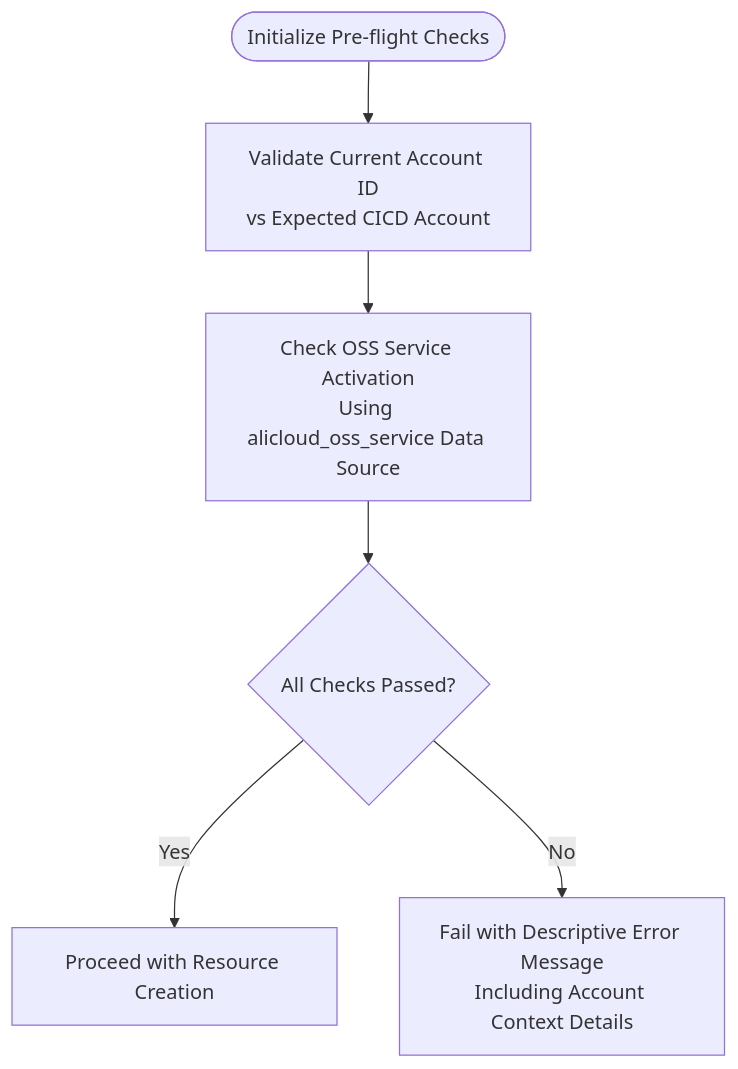
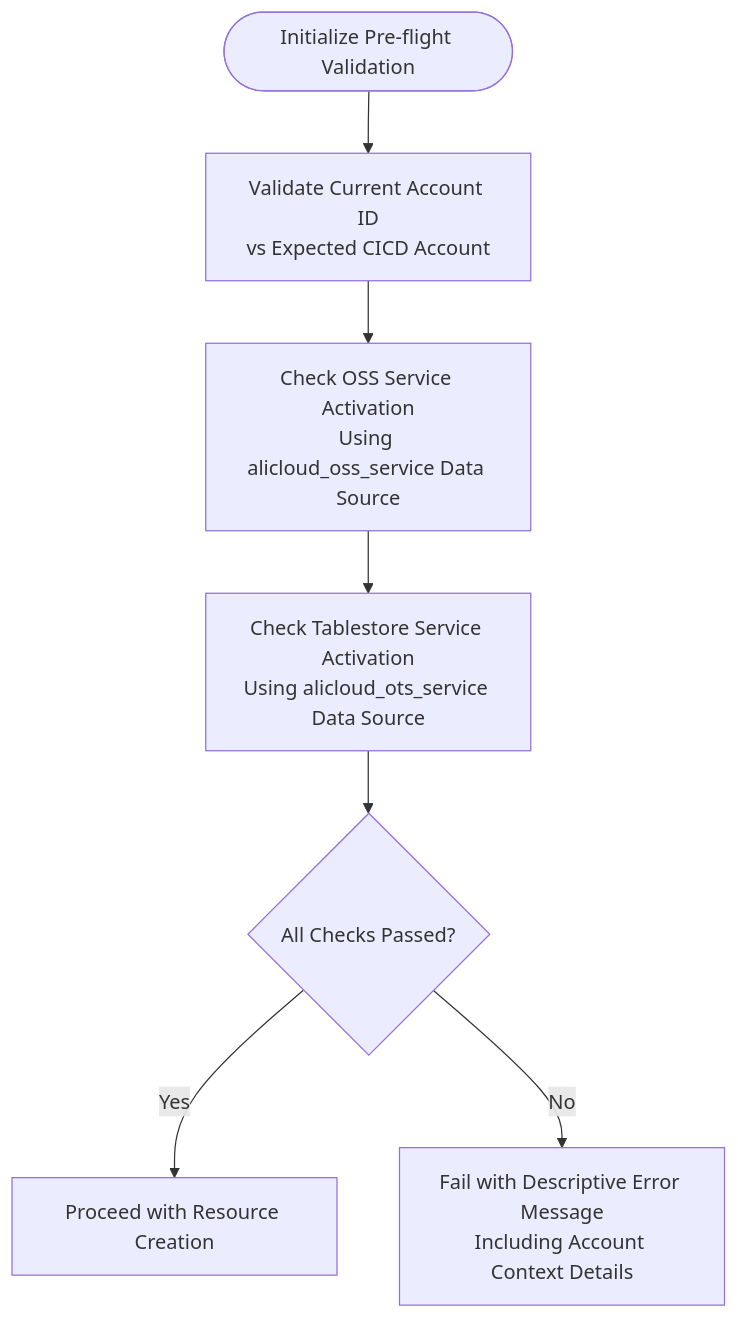
The third of 9 diagrams in .qoder/repowiki/en/content/Bootstrap Infrastructure/CI_CD Foundation.md (AlibabaCloudLandingZone/alibabacloud-landingzone-accelerator-github-demo), drawn with Mermaid before and after one commit. The commit also changed other lines of this file and 35 other files, not shown here.

````diff
--- a/.qoder/repowiki/en/content/Bootstrap Infrastructure/CI_CD Foundation.md
+++ b/.qoder/repowiki/en/content/Bootstrap Infrastructure/CI_CD Foundation.md
@@ -177,8 +191,9 @@
 ```mermaid
 flowchart TD
-Start(["Initialize Pre-flight Checks"]) --> AccountCheck["Validate Current Account ID<br/>vs Expected CICD Account"]
+Start(["Initialize Pre-flight Validation"]) --> AccountCheck["Validate Current Account ID<br/>vs Expected CICD Account"]
 AccountCheck --> OSSCheck["Check OSS Service Activation<br/>Using alicloud_oss_service Data Source"]
-OSSCheck --> Success{"All Checks Passed?"}
+OSSCheck --> OTSCheck["Check Tablestore Service Activation<br/>Using alicloud_ots_service Data Source"]
+OTSCheck --> Success{"All Checks Passed?"}
 Success --> |Yes| Proceed["Proceed with Resource Creation"]
 Success --> |No| Fail["Fail with Descriptive Error Message<br/>Including Account Context Details"]
 ```
````
